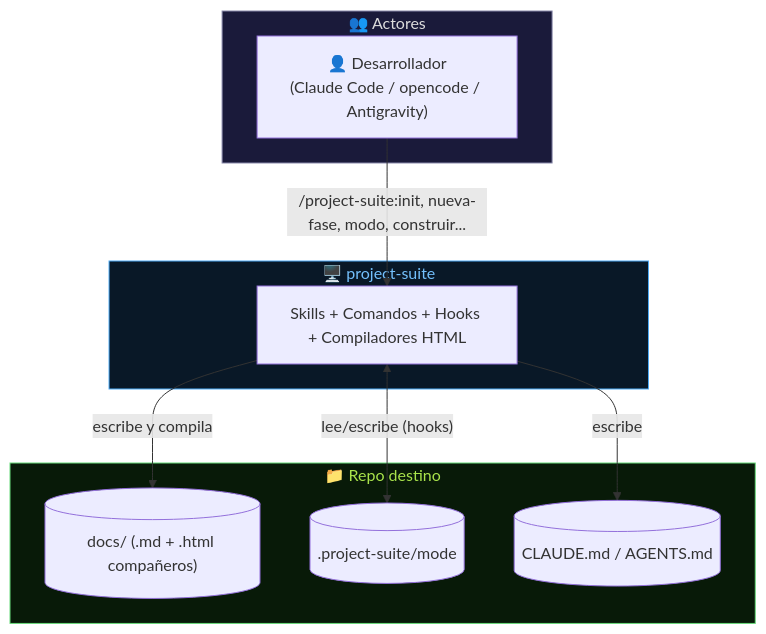
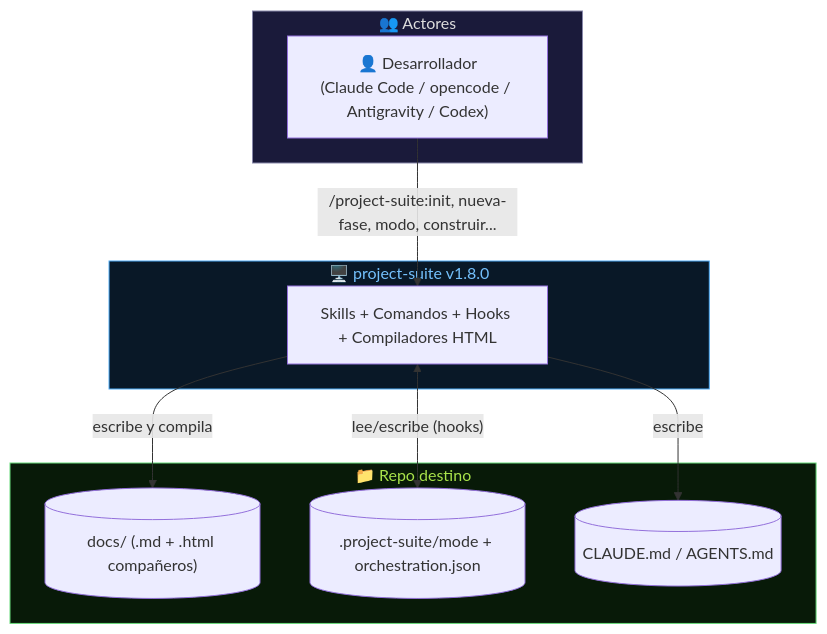
The first of 6 diagrams in docs/architecture/architecture.md (AlexPrietoRomani/project-suite), drawn with Mermaid before and after one commit. The commit also changed other lines of this file and 40 other files, not shown here.

````diff
--- a/docs/architecture/architecture.md
+++ b/docs/architecture/architecture.md
@@ -9,25 +9,25 @@
 ```mermaid
 flowchart TB
     subgraph Actores["👥 Actores"]
-        U1["👤 Desarrollador\n(Claude Code / opencode / Antigravity)"]
+        U1["👤 Desarrollador\n(Claude Code / opencode / Antigravity / Codex)"]
     end
 
-    subgraph Sistema["🖥️ project-suite"]
+    subgraph Sistema["🖥️ project-suite v1.8.0"]
         PLUGIN["Skills + Comandos + Hooks + Compiladores HTML"]
     end
 
     subgraph Destino["📁 Repo destino"]
         DOCS[("docs/ (.md + .html compañeros)")]
-        MODE[(".project-suite/mode")]
+        MODE[(".project-suite/mode + orchestration.json")]
         RULES[("CLAUDE.md / AGENTS.md")]
     end
 
     U1 -->|"/project-suite:init, nueva-fase, modo, construir..."| PLUGIN
     PLUGIN -->|"escribe y compila"| DOCS
     PLUGIN -->|"escribe"| RULES
     PLUGIN <-->|"lee/escribe (hooks)"| MODE
 
     style Destino fill:#081a08,stroke:#69db7c,color:#a9e34b
     style Sistema fill:#091827,stroke:#4dabf7,color:#74c0fc
     style Actores fill:#1a1a3a,stroke:#8888aa,color:#dddddd
 ```
````
